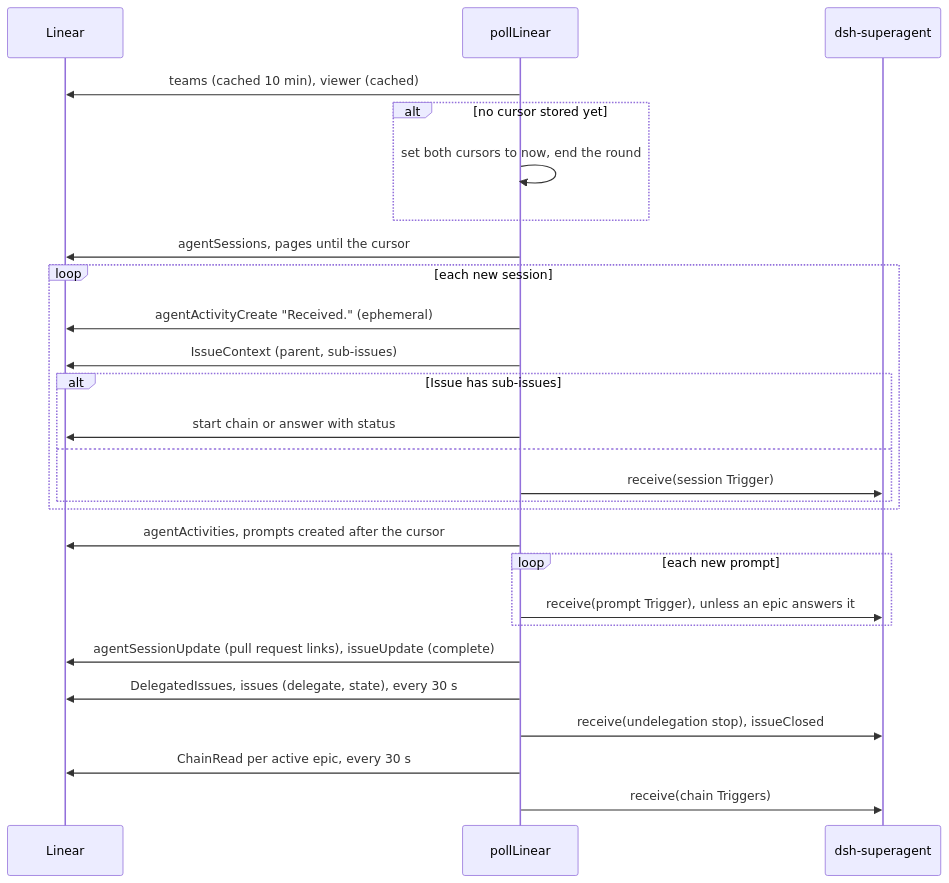
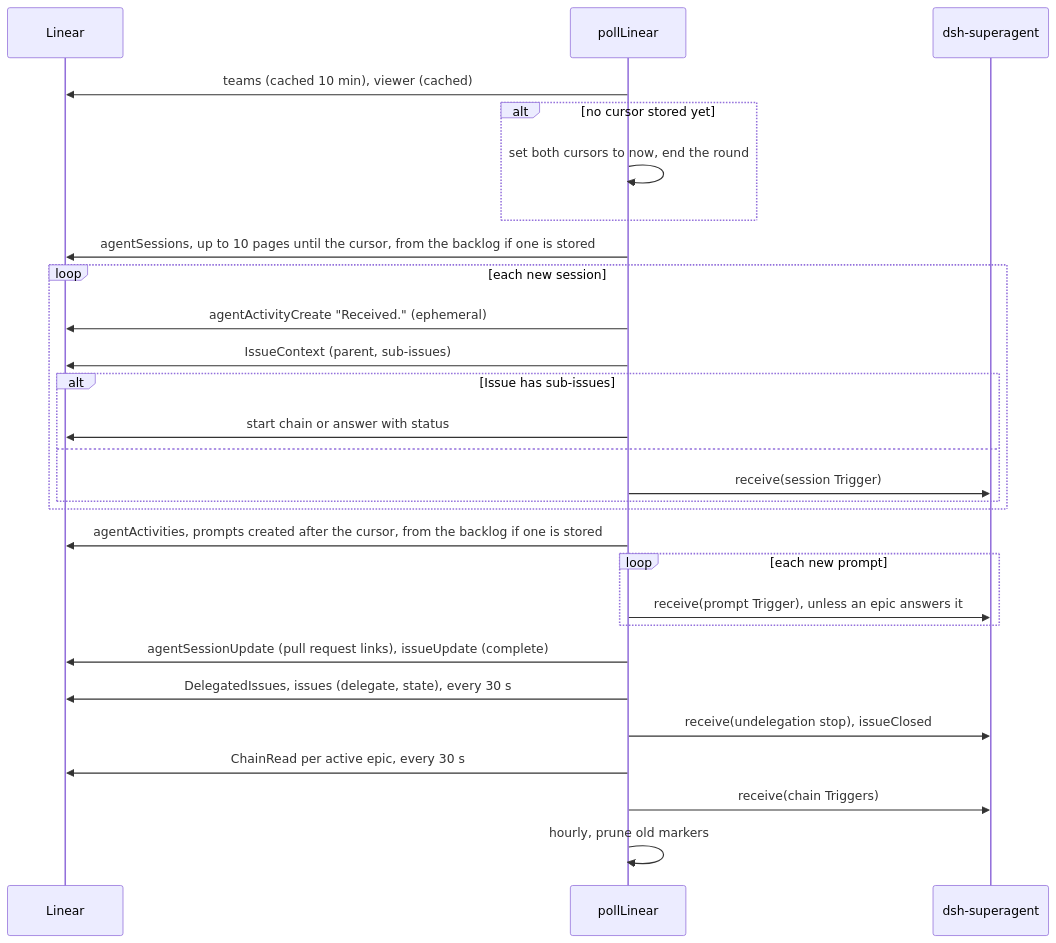
One commit to lkshrk/dsh-superagent-linear changed the third of 4 diagrams in docs/architecture.md. Above: the diagram before and after it, drawn with Mermaid. The commit also changed other lines of this file and 3 other files, not shown here.

````diff
--- a/docs/architecture.md
+++ b/docs/architecture.md
@@ -76,30 +76,31 @@
 ```mermaid
 sequenceDiagram
   participant L as Linear
   participant P as pollLinear
   participant H as dsh-superagent
 
   P->>L: teams (cached 10 min), viewer (cached)
   alt no cursor stored yet
     P->>P: set both cursors to now, end the round
   end
-  P->>L: agentSessions, pages until the cursor
+  P->>L: agentSessions, up to 10 pages until the cursor, from the backlog if one is stored
   loop each new session
     P->>L: agentActivityCreate "Received." (ephemeral)
     P->>L: IssueContext (parent, sub-issues)
     alt Issue has sub-issues
       P->>L: start chain or answer with status
     else
       P->>H: receive(session Trigger)
     end
   end
-  P->>L: agentActivities, prompts created after the cursor
+  P->>L: agentActivities, prompts created after the cursor, from the backlog if one is stored
   loop each new prompt
     P->>H: receive(prompt Trigger), unless an epic answers it
   end
   P->>L: agentSessionUpdate (pull request links), issueUpdate (complete)
   P->>L: DelegatedIssues, issues (delegate, state), every 30 s
   P->>H: receive(undelegation stop), issueClosed
   P->>L: ChainRead per active epic, every 30 s
   P->>H: receive(chain Triggers)
+  P->>P: hourly, prune old markers
 ```
````
